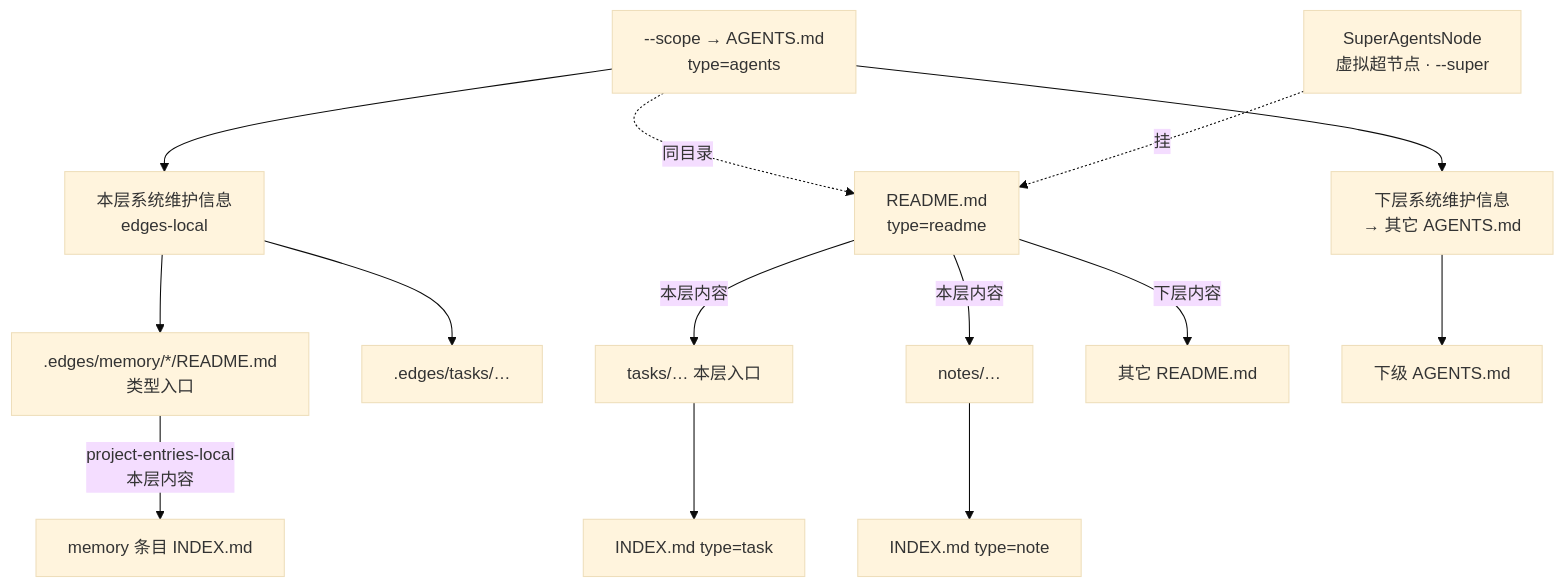
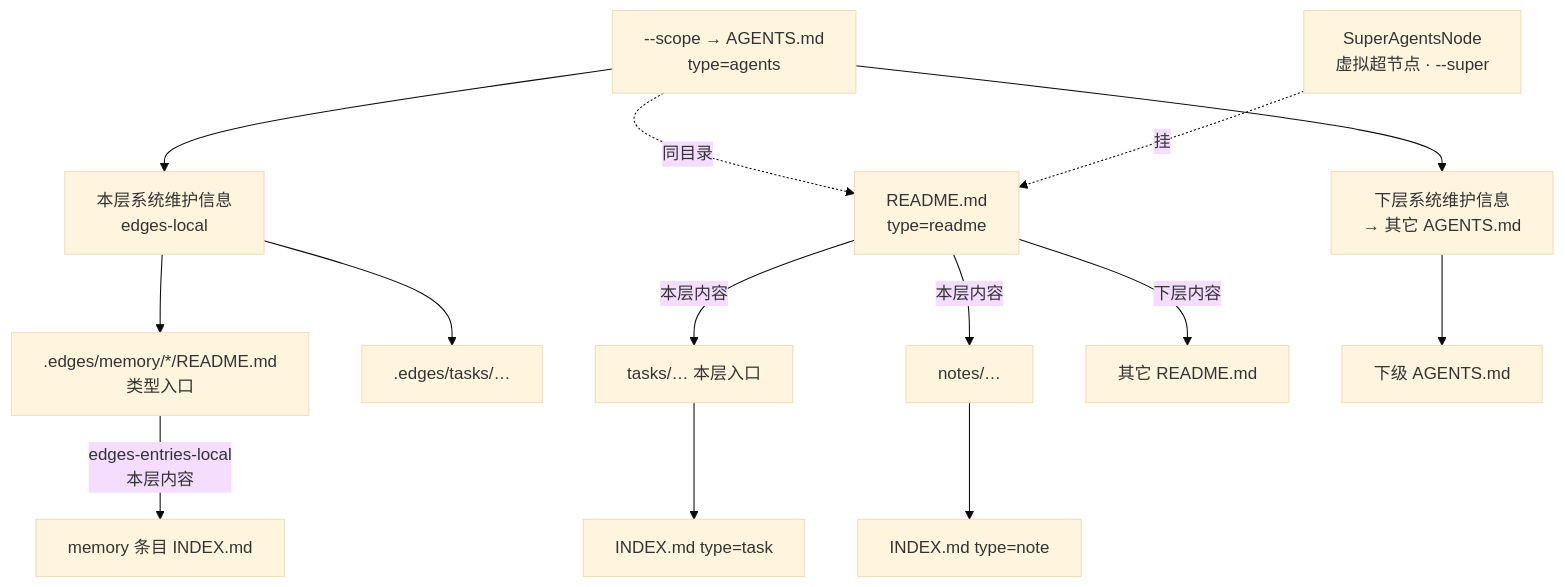
One commit to VirusPC/edges changed the second of 4 diagrams in docs/superpowers/plans/2026-10-06-recursive-system-two-entries.md. Above: the diagram before and after it, drawn with Mermaid (base theme). The commit also changed other lines of this file and 417 other files, not shown here.

````diff
--- a/docs/superpowers/plans/2026-10-06-recursive-system-two-entries.md
+++ b/docs/superpowers/plans/2026-10-06-recursive-system-two-entries.md
@@ -66,20 +66,20 @@
 ```mermaid
 flowchart TB
   VR["SuperAgentsNode<br/>虚拟超节点 · --super"] -.->|挂| RR
   Scope["--scope → AGENTS.md<br/>type=agents"] --> Maint["本层系统维护信息<br/>edges-local"]
   Scope --> DownA["下层系统维护信息<br/>→ 其它 AGENTS.md"]
   Scope -.同目录.-> RR["README.md<br/>type=readme"]
 
   Maint --> TypeIdx[".edges/memory/*/README.md<br/>类型入口"]
   Maint --> HTasks[".edges/tasks/…"]
-  TypeIdx -->|"project-entries-local<br/>本层内容"| MemLeaf["memory 条目 INDEX.md"]
+  TypeIdx -->|"edges-entries-local<br/>本层内容"| MemLeaf["memory 条目 INDEX.md"]
 
   RR -->|"本层内容"| Tasks["tasks/… 本层入口"]
   RR -->|"本层内容"| Notes["notes/…"]
   RR -->|"下层内容"| NestedR["其它 README.md"]
 
   Tasks --> Task["INDEX.md type=task"]
   Notes --> Note["INDEX.md type=note"]
 
   DownA --> ChildA["下级 AGENTS.md"]
 ```
````
